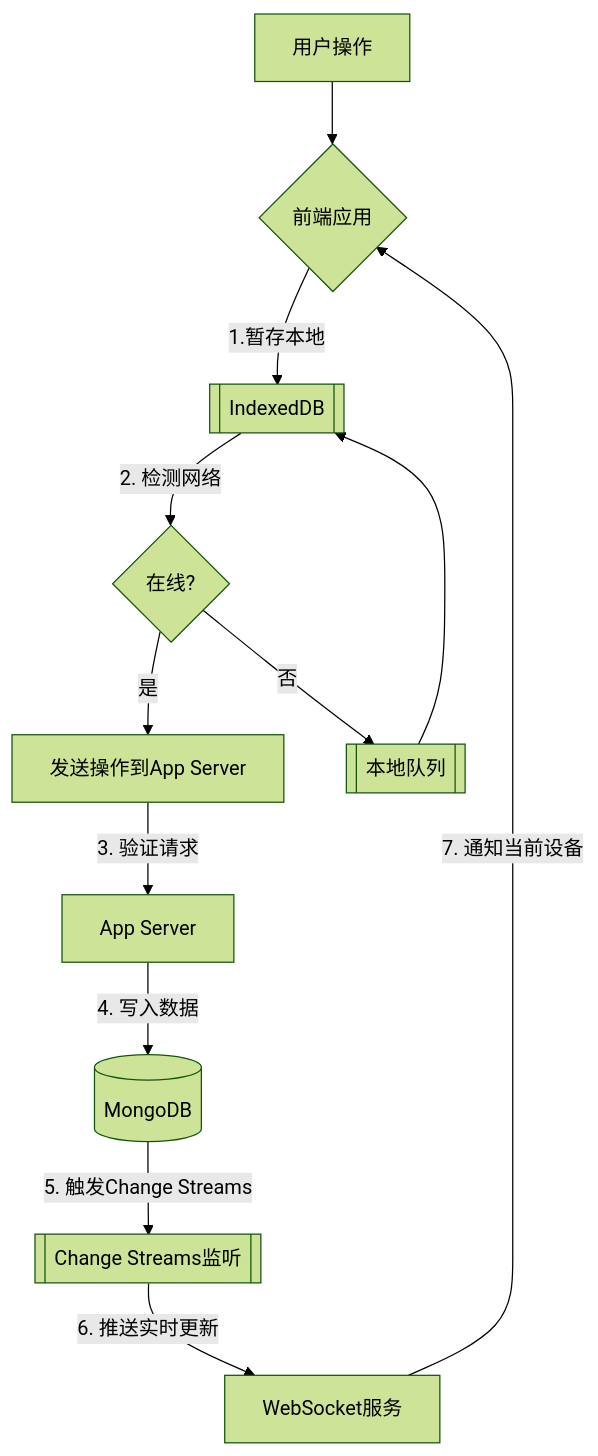
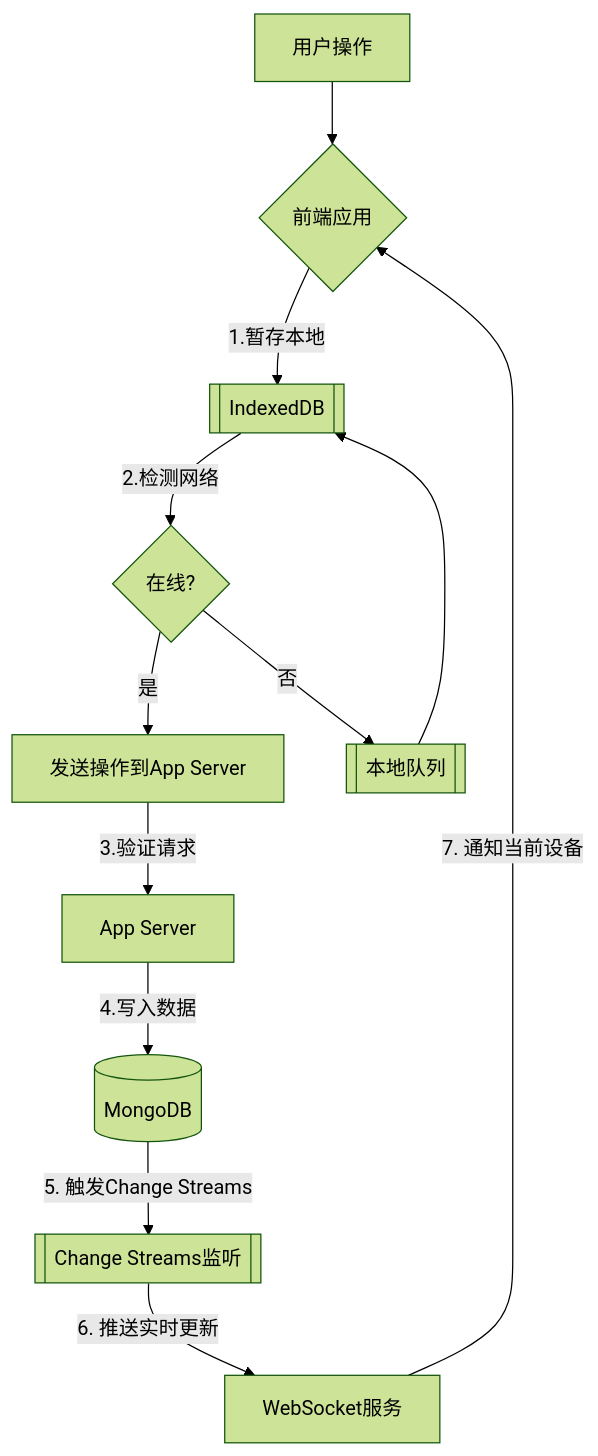
Before and after one commit to yingjianzh/iodraw-files: the diagram in all/未命名-21.md, drawn with Mermaid (forest theme).

Commit message:
2025-02-17 14:53:00 update

````diff
--- a/all/未命名-21.md
+++ b/all/未命名-21.md
@@ -1,13 +1,13 @@
 ```mermaid
 graph TD
     A[用户操作] --> B{前端应用}
     B -->|1.暂存本地| C[[IndexedDB]]
-    C -->|2. 检测网络| D{在线?}
+    C -->|2.检测网络| D{在线?}
     D -->|是| E[发送操作到App Server]
     D -->|否| F[[本地队列]] --> C
-    E -->|3. 验证请求| G[App Server]
-    G -->|4. 写入数据| H[(MongoDB)]
+    E -->|3.验证请求| G[App Server]
+    G -->|4.写入数据| H[(MongoDB)]
     H -->|5. 触发Change Streams| I[[Change Streams监听]]
     I -->|6. 推送实时更新| J[WebSocket服务]
     J -->|7. 通知当前设备| B
 ```
````
